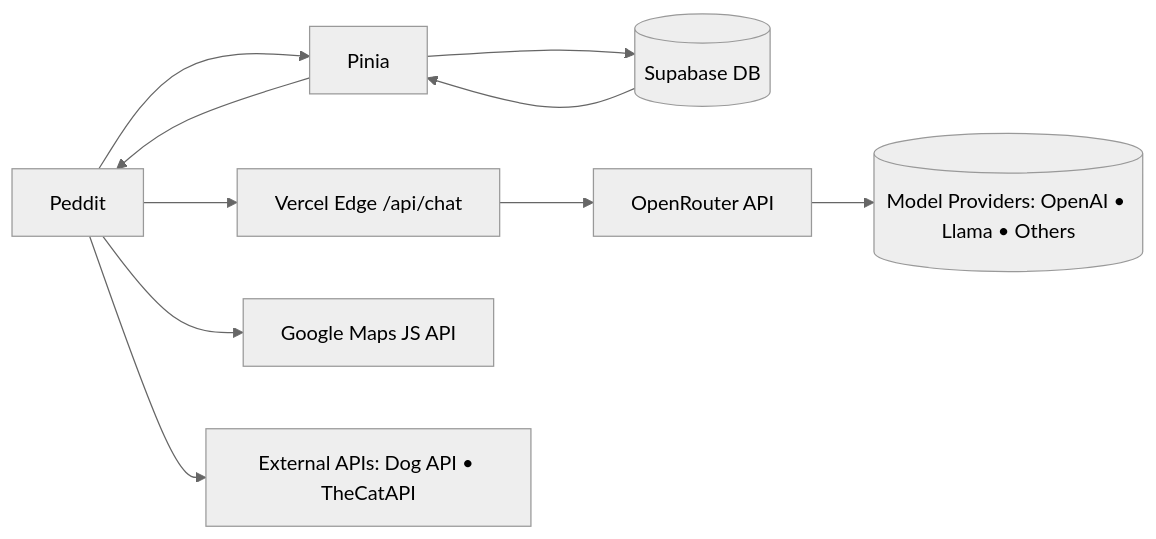
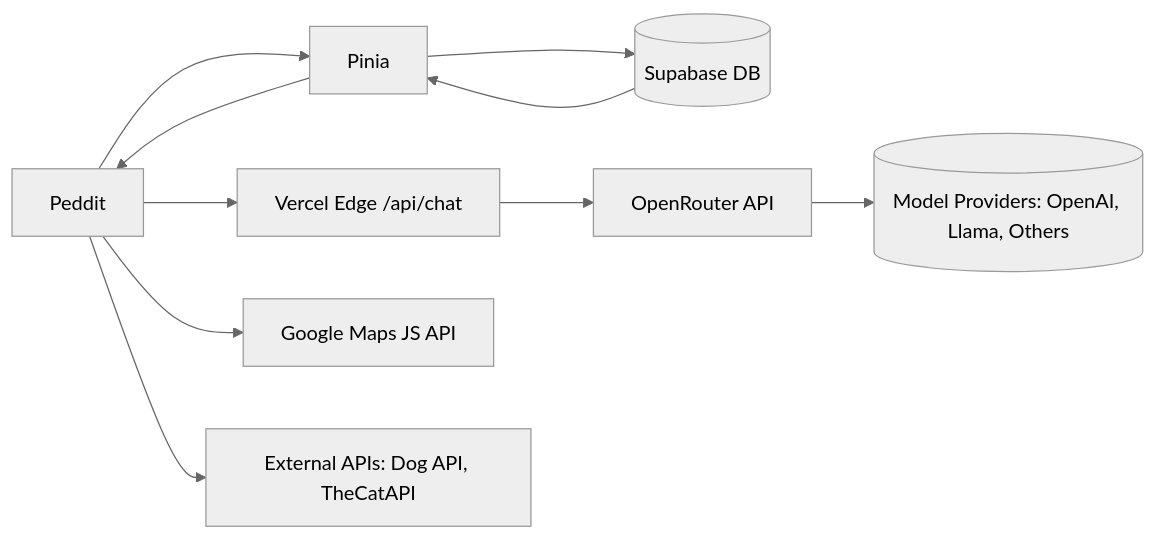
The diagram in README.md (oreoolis/Peddit), drawn with Mermaid (neutral theme) before and after one commit. The commit also changed other lines of this file and 12 other files, not shown here.

````diff
--- a/README.md
+++ b/README.md
@@ -60,17 +83,17 @@
 ```mermaid
 flowchart LR
   A[Peddit]
   P[Pinia]
   B[(Supabase DB)]
 
   %% Cyclical data flow
   A --> P --> B
   B --> P --> A
 
   %% External integrations
   A --> C[Vercel Edge /api/chat]
   C --> D[OpenRouter API]
-  D --> E[(Model Providers: OpenAI • Llama • Others)]
+  D --> E[(Model Providers: OpenAI, Llama, Others)]
   A --> F[Google Maps JS API]
-  A --> G[External APIs: Dog API • TheCatAPI]
+  A --> G[External APIs: Dog API, TheCatAPI]
 ```
````
